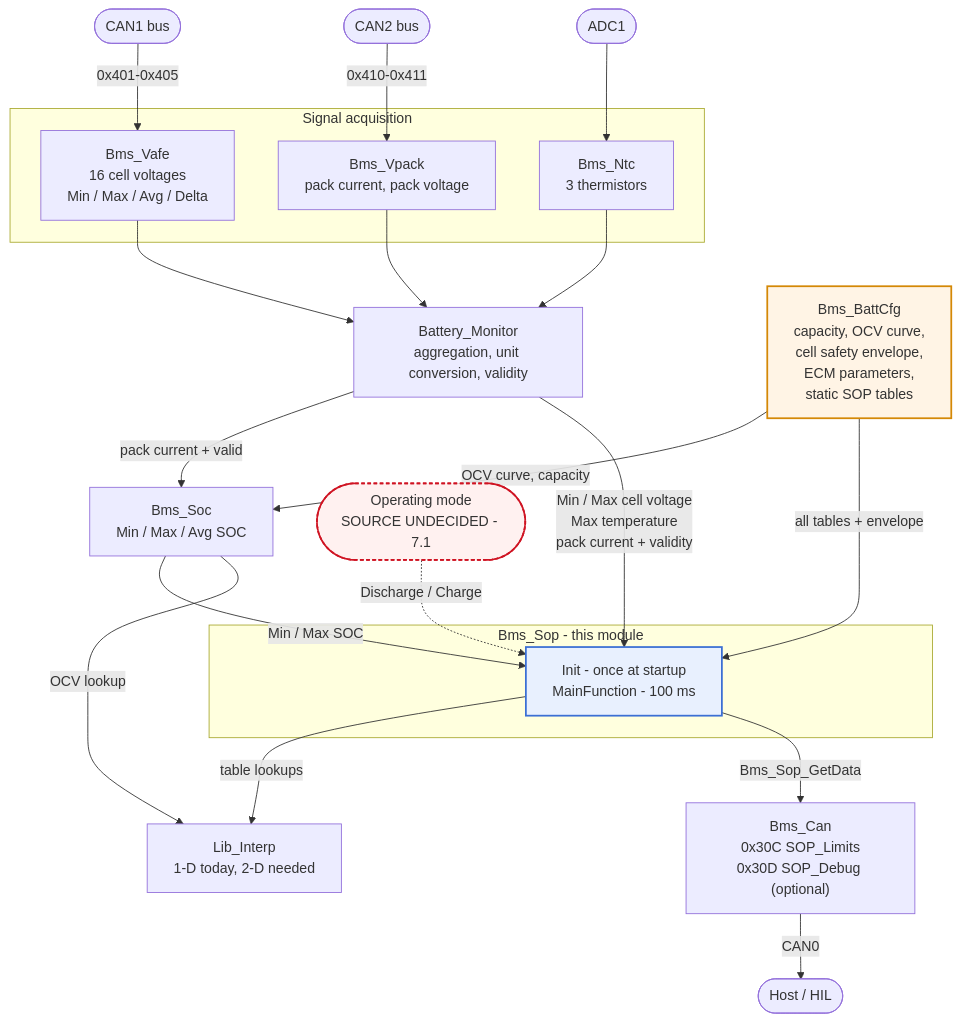
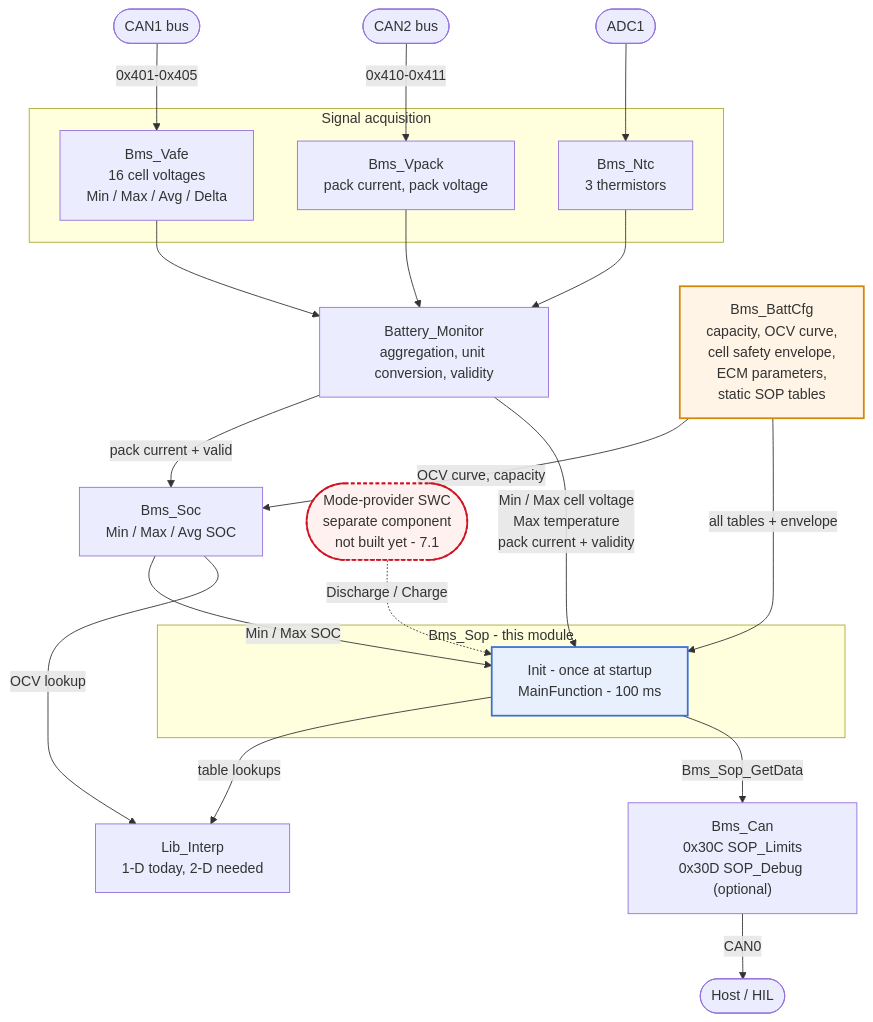
Before and after one commit to jsivolt/BMS_demo: the first of 7 diagrams in src/battery/SOP_DESIGN.md, drawn with Mermaid. The commit also changed other lines of this file, not shown here.

First line of the commit message:
SOP design: operating mode is an input from a separate SWC

````diff
--- a/src/battery/SOP_DESIGN.md
+++ b/src/battery/SOP_DESIGN.md
@@ -108,46 +109,46 @@
 ```mermaid
 flowchart TD
     CAN1(["CAN1 bus"]) -->|"0x401-0x405"| VAFE
     CAN2(["CAN2 bus"]) -->|"0x410-0x411"| VPACK
     ADC1(["ADC1"]) --> NTC
 
     subgraph sensing["Signal acquisition"]
         VAFE["Bms_Vafe<br/>16 cell voltages<br/>Min / Max / Avg / Delta"]
         VPACK["Bms_Vpack<br/>pack current, pack voltage"]
         NTC["Bms_Ntc<br/>3 thermistors"]
     end
 
     VAFE --> BM
     VPACK --> BM
     NTC --> BM
 
     BM["Battery_Monitor<br/>aggregation, unit conversion, validity"]
     SOC["Bms_Soc<br/>Min / Max / Avg SOC"]
 
     BM -->|"pack current + valid"| SOC
     BM -->|"Min / Max cell voltage<br/>Max temperature<br/>pack current + validity"| SOP
     SOC -->|"Min / Max SOC"| SOP
 
     subgraph sop["Bms_Sop - this module"]
         SOP["Init - once at startup<br/>MainFunction - 100 ms"]
     end
 
     CFG["Bms_BattCfg<br/>capacity, OCV curve,<br/>cell safety envelope,<br/>ECM parameters,<br/>static SOP tables"]
 
     CFG -->|"OCV curve, capacity"| SOC
     CFG -->|"all tables + envelope"| SOP
     SOP -->|"table lookups"| LIB["Lib_Interp<br/>1-D today, 2-D needed"]
     SOC -->|"OCV lookup"| LIB
 
     SOP -->|"Bms_Sop_GetData"| CANMOD["Bms_Can<br/>0x30C SOP_Limits<br/>0x30D SOP_Debug (optional)"]
     CANMOD -->|"CAN0"| HOST(["Host / HIL"])
 
-    MODE(["Operating mode<br/>SOURCE UNDECIDED - 7.1"]) -.->|"Discharge / Charge"| SOP
+    MODE(["Mode-provider SWC<br/>separate component<br/>not built yet - 7.1"]) -.->|"Discharge / Charge"| SOP
 
     classDef this fill:#e8f0fe,stroke:#3b6fd4,stroke-width:2px
     classDef newcfg fill:#fff4e5,stroke:#d48806,stroke-width:2px
     classDef undecided fill:#fff1f0,stroke:#cf1322,stroke-width:2px,stroke-dasharray:4 3
     class SOP this
     class CFG newcfg
     class MODE undecided
 ```
````
